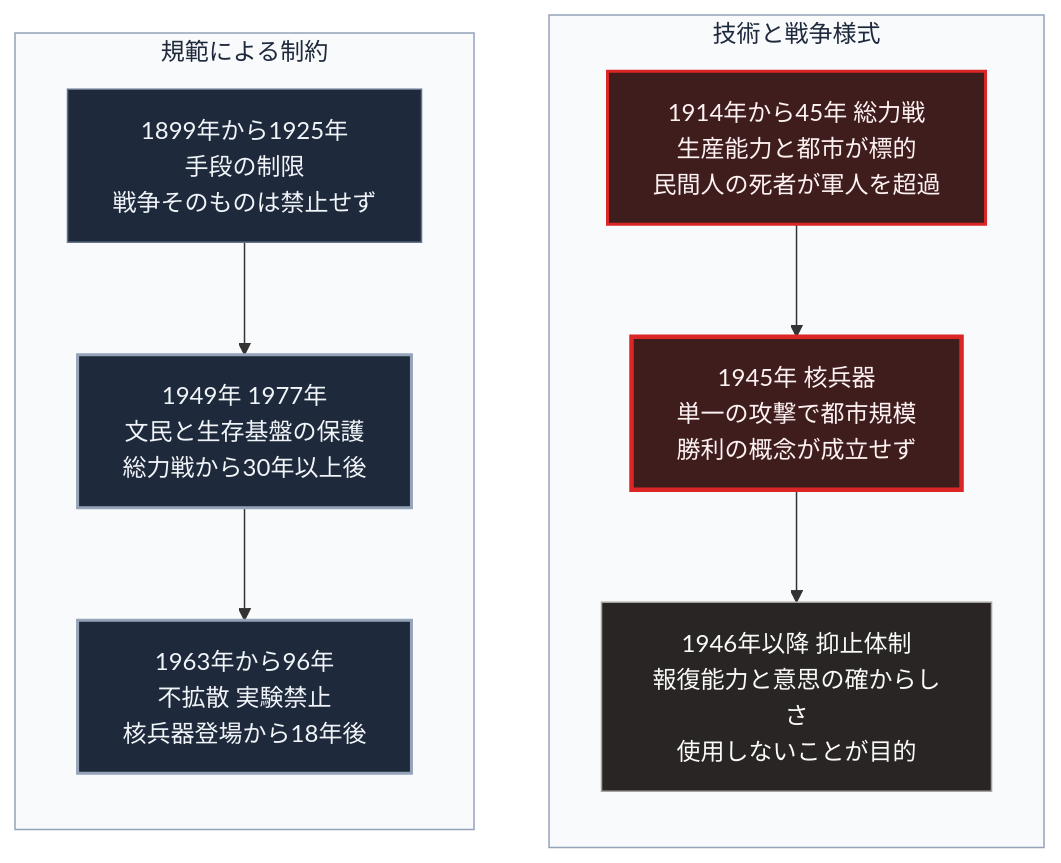
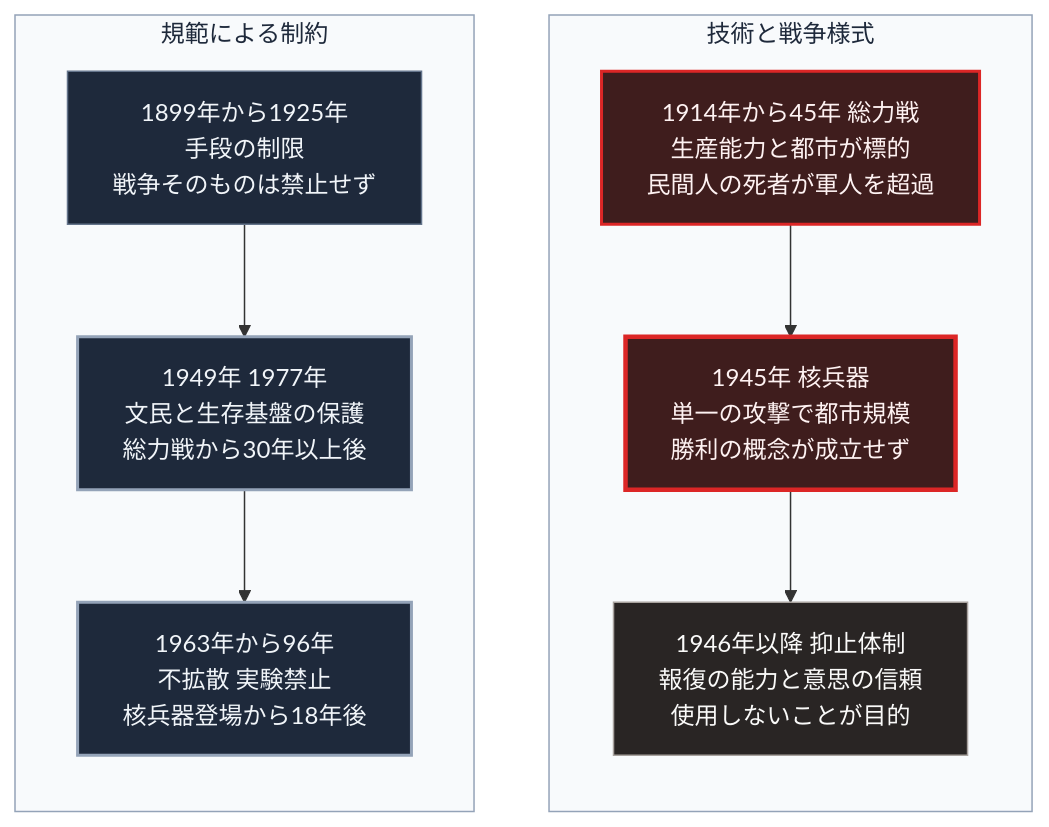
Before and after one commit to Takenori-Kusaka/zenn-content: the diagram in books/sovereign-resilience-blueprint/war-total-war-and-nuclear.md, drawn with Mermaid. The commit also changed 76 other files, not shown here.

````diff
--- a/books/sovereign-resilience-blueprint/war-total-war-and-nuclear.md
+++ b/books/sovereign-resilience-blueprint/war-total-war-and-nuclear.md
@@ -85,24 +85,24 @@
 ```mermaid
 flowchart TD
     subgraph GA[技術と戦争様式]
         direction TB
         A1[1914年から45年 総力戦<br>生産能力と都市が標的<br>民間人の死者が軍人を超過]
         A1 --> A2[1945年 核兵器<br>単一の攻撃で都市規模<br>勝利の概念が成立せず]
-        A2 --> A3[1946年以降 抑止体制<br>報復能力と意思の確からしさ<br>使用しないことが目的]
+        A2 --> A3[1946年以降 抑止体制<br>報復の能力と意思の信頼<br>使用しないことが目的]
     end
     subgraph GB[規範による制約]
         direction TB
         B1[1899年から1925年<br>手段の制限<br>戦争そのものは禁止せず]
         B1 --> B2[1949年 1977年<br>文民と生存基盤の保護<br>総力戦から30年以上後]
         B2 --> B3[1963年から96年<br>不拡散 実験禁止<br>核兵器登場から18年後]
     end
 
     style GA fill:#f8fafc,stroke:#94a3b8,color:#1e293b
     style GB fill:#f8fafc,stroke:#94a3b8,color:#1e293b
     style A1 fill:#3f1d1d,stroke:#dc2626,stroke-width:2px,color:#fef2f2
     style A2 fill:#3f1d1d,stroke:#dc2626,stroke-width:3px,color:#fef2f2
     style A3 fill:#292524,stroke:#a8a29e,color:#fafaf9
     style B1 fill:#1e293b,stroke:#64748b,color:#f1f5f9
     style B2 fill:#1e293b,stroke:#94a3b8,stroke-width:2px,color:#f1f5f9
     style B3 fill:#1e293b,stroke:#94a3b8,stroke-width:2px,color:#f1f5f9
 ```
````
